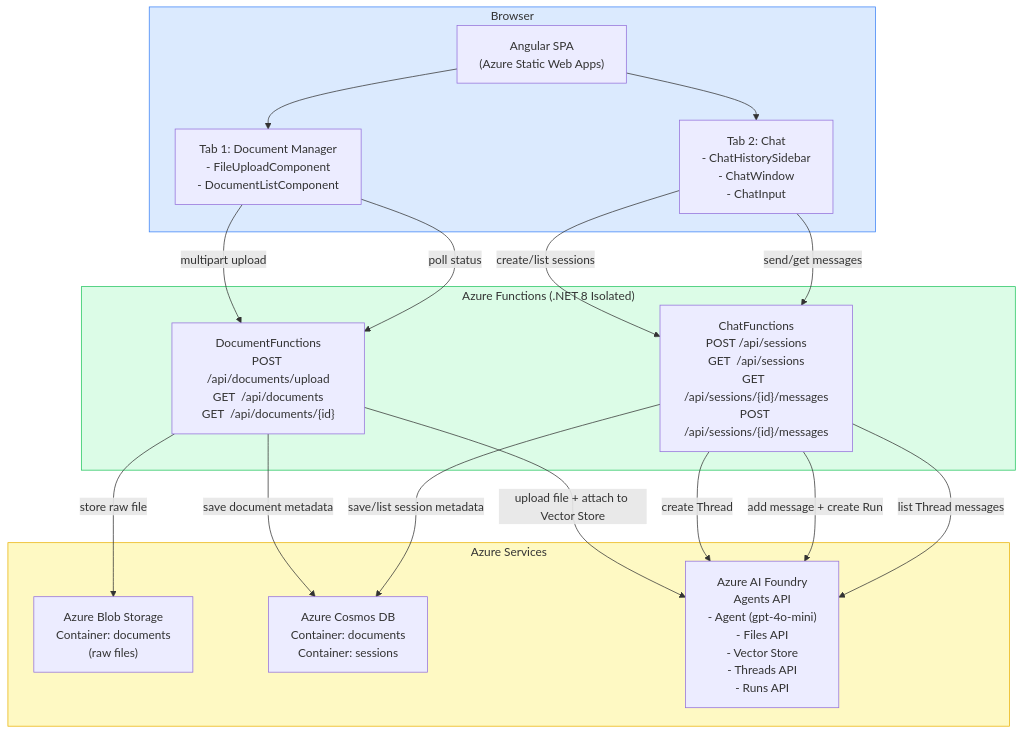
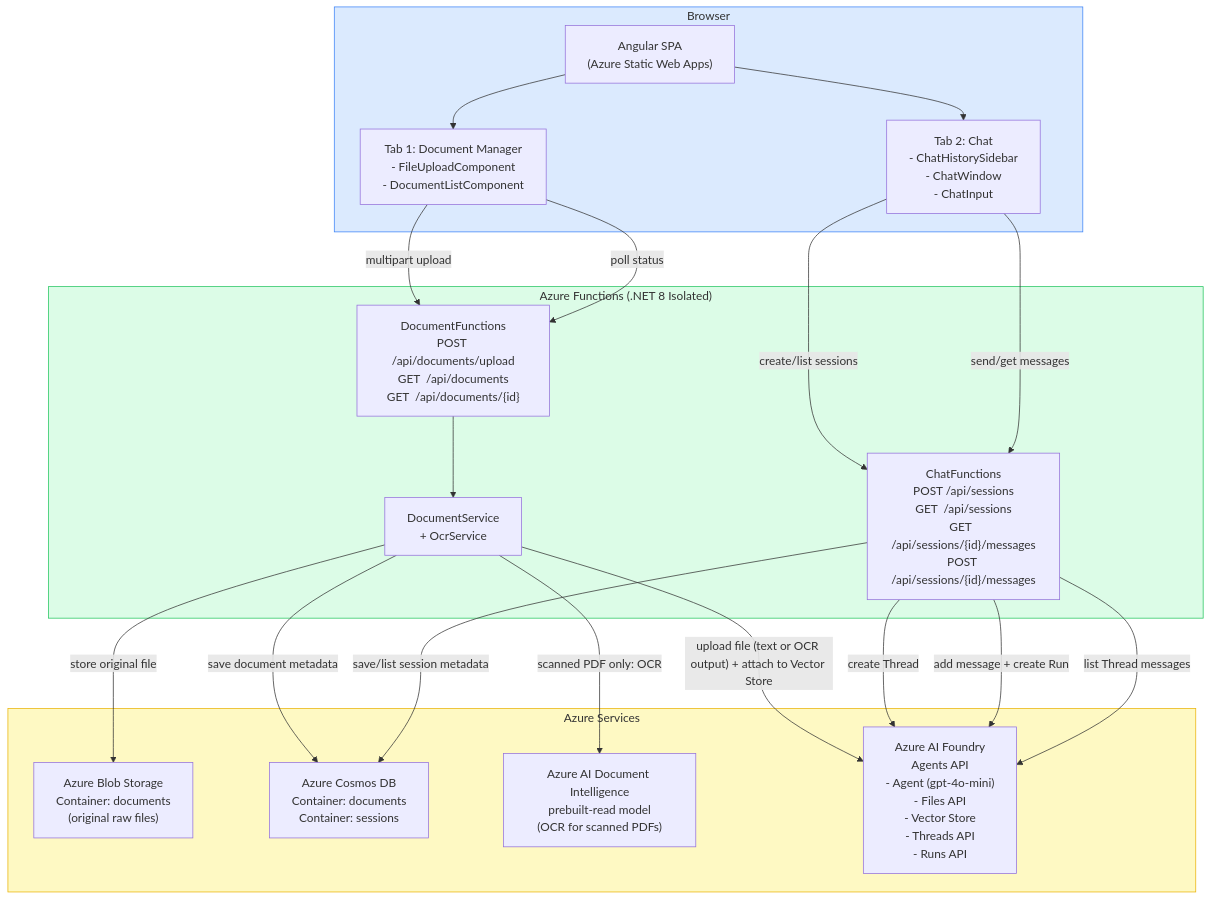
One commit to rahulpednekar-bh/Document-Reader-Chatbot changed the first of 5 diagrams in docs/architecture-diagram.md. Above: the diagram before and after it, drawn with Mermaid. The commit also changed other lines of this file and 15 other files, not shown here.

````diff
--- a/docs/architecture-diagram.md
+++ b/docs/architecture-diagram.md
@@ -5,39 +5,43 @@
 ```mermaid
 graph TB
     subgraph Browser["Browser"]
         FE["Angular SPA<br/>(Azure Static Web Apps)"]
         Tab1["Tab 1: Document Manager<br/>- FileUploadComponent<br/>- DocumentListComponent"]
         Tab2["Tab 2: Chat<br/>- ChatHistorySidebar<br/>- ChatWindow<br/>- ChatInput"]
         FE --> Tab1
         FE --> Tab2
     end
 
     subgraph Functions["Azure Functions (.NET 8 Isolated)"]
         DF["DocumentFunctions<br/>POST /api/documents/upload<br/>GET  /api/documents<br/>GET  /api/documents/{id}"]
         CF["ChatFunctions<br/>POST /api/sessions<br/>GET  /api/sessions<br/>GET  /api/sessions/{id}/messages<br/>POST /api/sessions/{id}/messages"]
+        DS["DocumentService<br/>+ OcrService"]
     end
 
     subgraph AzureServices["Azure Services"]
-        Blob["Azure Blob Storage<br/>Container: documents<br/>(raw files)"]
+        Blob["Azure Blob Storage<br/>Container: documents<br/>(original raw files)"]
         Cosmos["Azure Cosmos DB<br/>Container: documents<br/>Container: sessions"]
+        DocIntel["Azure AI Document Intelligence<br/>prebuilt-read model<br/>(OCR for scanned PDFs)"]
         Foundry["Azure AI Foundry<br/>Agents API<br/>- Agent (gpt-4o-mini)<br/>- Files API<br/>- Vector Store<br/>- Threads API<br/>- Runs API"]
     end
 
     Tab1 -- "multipart upload" --> DF
     Tab1 -- "poll status" --> DF
     Tab2 -- "create/list sessions" --> CF
     Tab2 -- "send/get messages" --> CF
 
-    DF -- "store raw file" --> Blob
-    DF -- "upload file + attach to Vector Store" --> Foundry
-    DF -- "save document metadata" --> Cosmos
+    DF --> DS
+    DS -- "store original file" --> Blob
+    DS -- "scanned PDF only: OCR" --> DocIntel
+    DS -- "upload file (text or OCR output) + attach to Vector Store" --> Foundry
+    DS -- "save document metadata" --> Cosmos
 
     CF -- "create Thread" --> Foundry
     CF -- "add message + create Run" --> Foundry
     CF -- "list Thread messages" --> Foundry
     CF -- "save/list session metadata" --> Cosmos
 
     style Browser fill:#dbeafe,stroke:#3b82f6
     style Functions fill:#dcfce7,stroke:#22c55e
     style AzureServices fill:#fef9c3,stroke:#eab308
 ```
````
